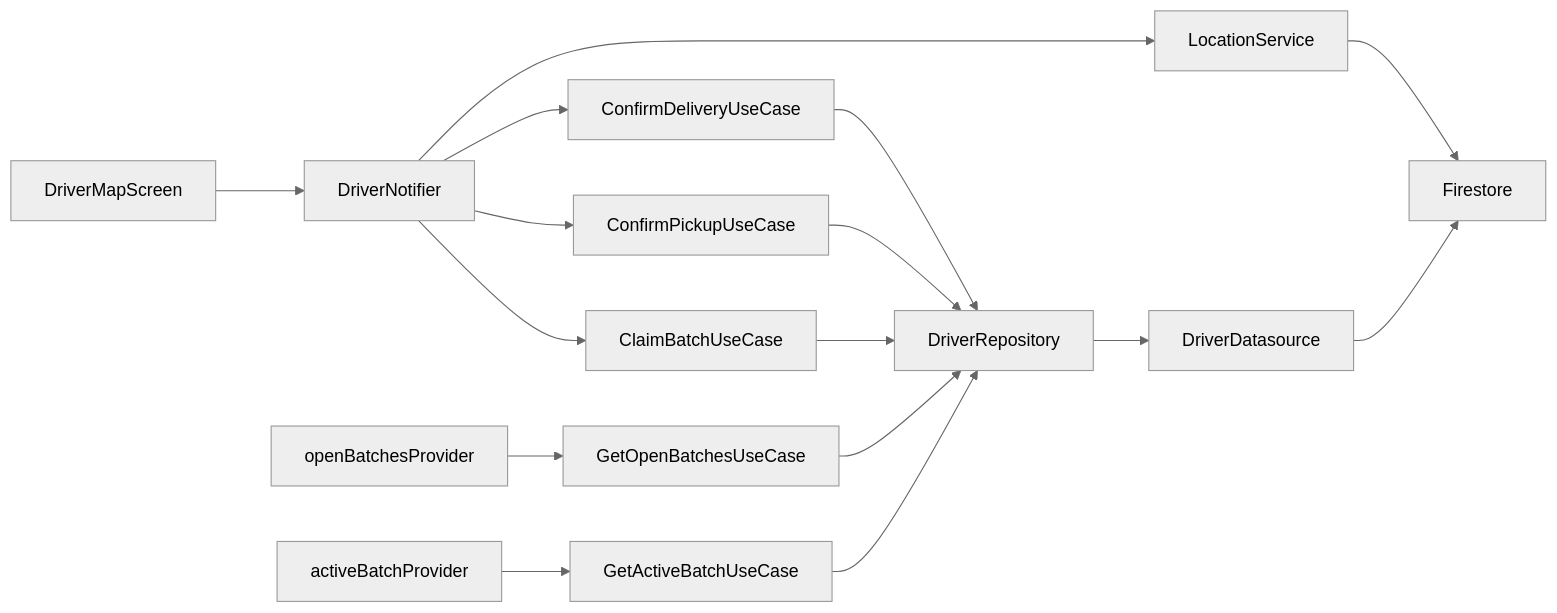
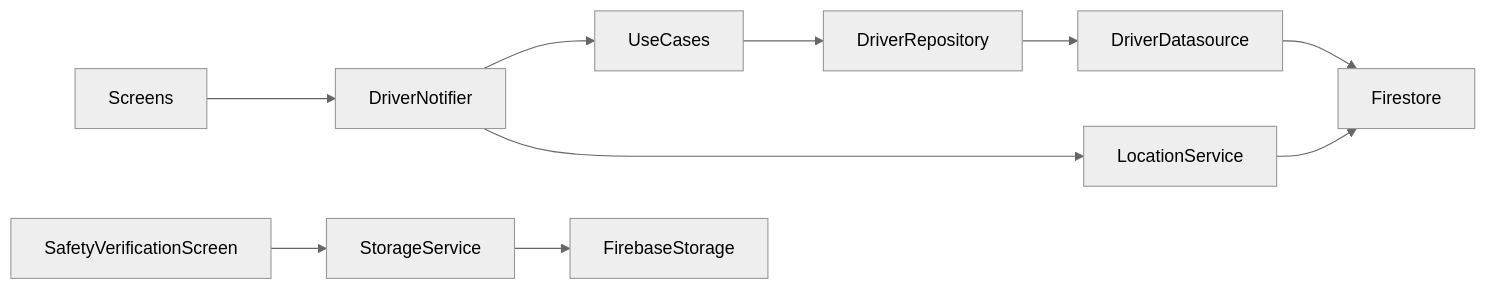
Before and after one commit to KimTaeman/SaveAMeal: the diagram in tech-specs/0004-driver-flow.md, drawn with Mermaid (neutral theme). The commit also changed other lines of this file and 1 other file, not shown here.

First line of the commit message:
docs(driver): revise PROP-0004 and SPEC-0004 to match Figma designs

````diff
--- a/tech-specs/0004-driver-flow.md
+++ b/tech-specs/0004-driver-flow.md
@@ -22,16 +130,12 @@
 ```mermaid
 flowchart LR
-    DriverMapScreen --> DriverNotifier
-    DriverNotifier --> ClaimBatchUseCase
-    DriverNotifier --> ConfirmPickupUseCase
-    DriverNotifier --> ConfirmDeliveryUseCase
-    DriverNotifier --> LocationService
-    ClaimBatchUseCase --> DriverRepository
-    ConfirmPickupUseCase --> DriverRepository
-    ConfirmDeliveryUseCase --> DriverRepository
+    Screens --> DriverNotifier
+    DriverNotifier --> UseCases
+    UseCases --> DriverRepository
     DriverRepository --> DriverDatasource
     DriverDatasource --> Firestore
+    SafetyVerificationScreen --> StorageService
+    StorageService --> FirebaseStorage
+    DriverNotifier --> LocationService
     LocationService --> Firestore
-    openBatchesProvider --> GetOpenBatchesUseCase --> DriverRepository
-    activeBatchProvider --> GetActiveBatchUseCase --> DriverRepository
 ```
````
